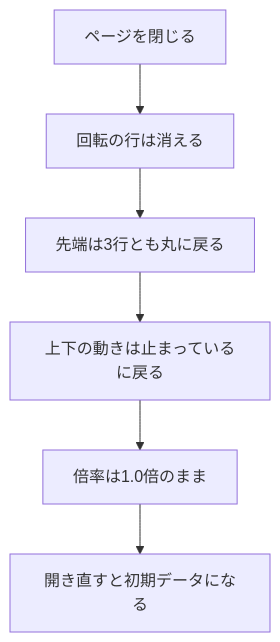
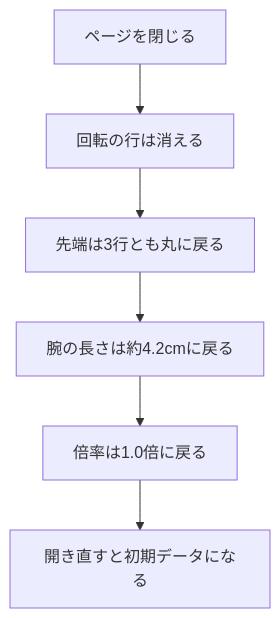
Before and after one commit to pfgnsb/hand-spinner: the second of 2 diagrams in spinner/ドキュメント/データベース設計.md, drawn with Mermaid. The commit also changed other lines of this file and 7 other files, not shown here.

````diff
--- a/spinner/ドキュメント/データベース設計.md
+++ b/spinner/ドキュメント/データベース設計.md
@@ -124,8 +124,8 @@
 ```mermaid
 flowchart TD
   a[ページを閉じる] --> b[回転の行は消える]
   b --> c[先端は3行とも丸に戻る]
-  c --> d[上下の動きは止まっているに戻る]
-  d --> e[倍率は1.0倍のまま]
+  c --> d[腕の長さは約4.2cmに戻る]
+  d --> e[倍率は1.0倍に戻る]
   e --> f[開き直すと初期データになる]
 ```
````
